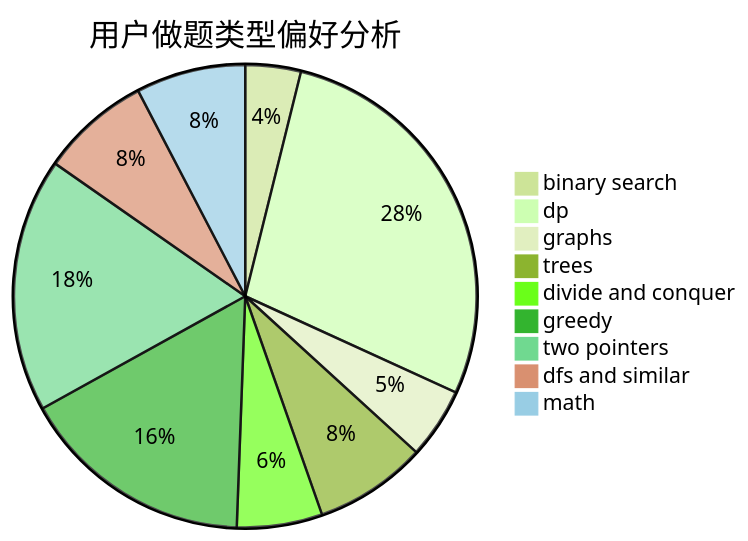
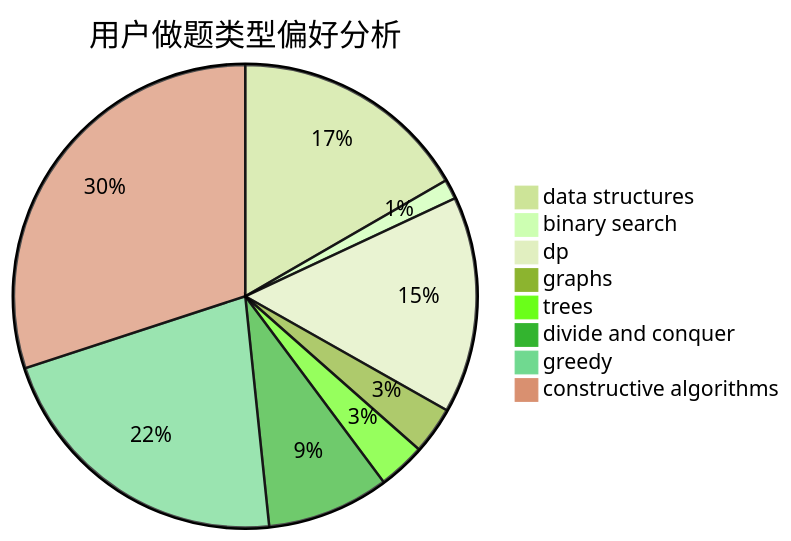
Before and after one commit to sherpahu/cfrs.github.io: the second of 3 diagrams in docs/user/u1585.md, drawn with Mermaid (forest theme). The commit also changed other lines of this file and 2775 other files, not shown here.

````diff
--- a/docs/user/u1585.md
+++ b/docs/user/u1585.md
@@ -23,12 +23,11 @@
 ```mermaid
 pie title 用户做题类型偏好分析
-    "binary search" :  76
-    "dp" :  548
-    "graphs" :  97
-    "trees" :  154
-    "divide and conquer" :  117
-    "greedy" :  321
-    "two pointers" :  348
-    "dfs and similar" :  150
-    "math" :  150
+    "data structures" :  121
+    "binary search" :  10
+    "dp" :  110
+    "graphs" :  24
+    "trees" :  24
+    "divide and conquer" :  62
+    "greedy" :  157
+    "constructive algorithms" :  218
 ```
````
